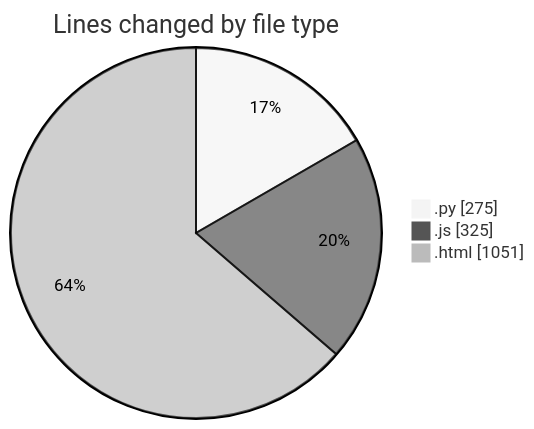
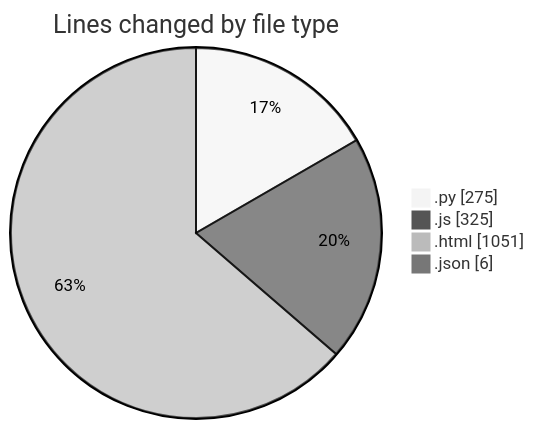
One commit to shibass792/code-tracking changed the first of 2 diagrams in 2026-07-09/twenty_versions_aminor/README.md. Above: the diagram before and after it, drawn with Mermaid (neutral theme). The commit also changed other lines of this file and 1 other file, not shown here.

````diff
--- a/2026-07-09/twenty_versions_aminor/README.md
+++ b/2026-07-09/twenty_versions_aminor/README.md
@@ -22,7 +23,8 @@
 ```mermaid
 pie showData
 title Lines changed by file type
 ".py" : 275
 ".js" : 325
 ".html" : 1051
+".json" : 6
 ```
````
